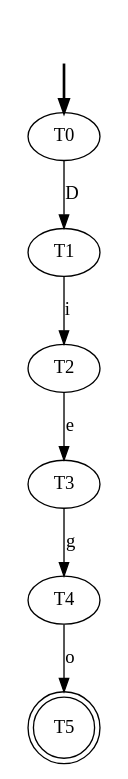
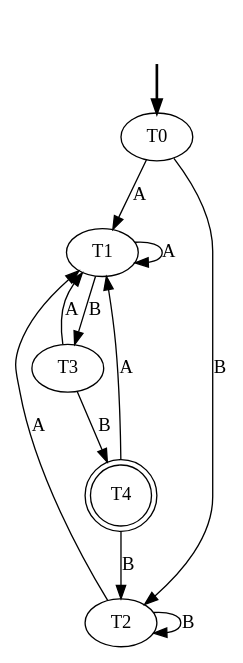
One commit to LuisDiego19FV/Proyecto_Compiladores changed the diagram in Lexer/cache/nfadotrep.dot. Above: the diagram before and after it, drawn with Graphviz. The commit also changed 28 other files, not shown here.

```diff
--- a/Lexer/cache/nfadotrep.dot
+++ b/Lexer/cache/nfadotrep.dot
@@ -1,16 +1,20 @@
 digraph {
     fake0 [style=invisible]
     T0 [root=true]
     fake0 -> T0 [style=bold]
     T0
     T1
     T2
     T3
-    T4
-    T5 [shape=doublecircle]
-    T0 -> T1 [label="D"]
-    T1 -> T2 [label="i"]
-    T2 -> T3 [label="e"]
-    T3 -> T4 [label="g"]
-    T4 -> T5 [label="o"]
+    T4 [shape=doublecircle]
+    T0 -> T1 [label="A"]
+    T0 -> T2 [label="B"]
+    T1 -> T1 [label="A"]
+    T1 -> T3 [label="B"]
+    T2 -> T1 [label="A"]
+    T2 -> T2 [label="B"]
+    T3 -> T1 [label="A"]
+    T3 -> T4 [label="B"]
+    T4 -> T1 [label="A"]
+    T4 -> T2 [label="B"]
 }
```
